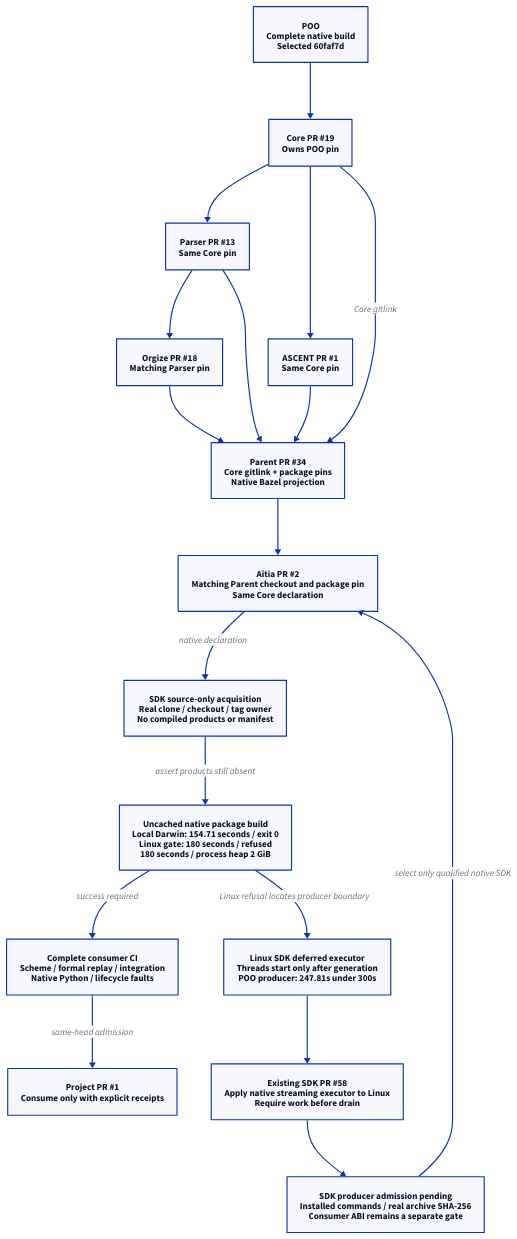
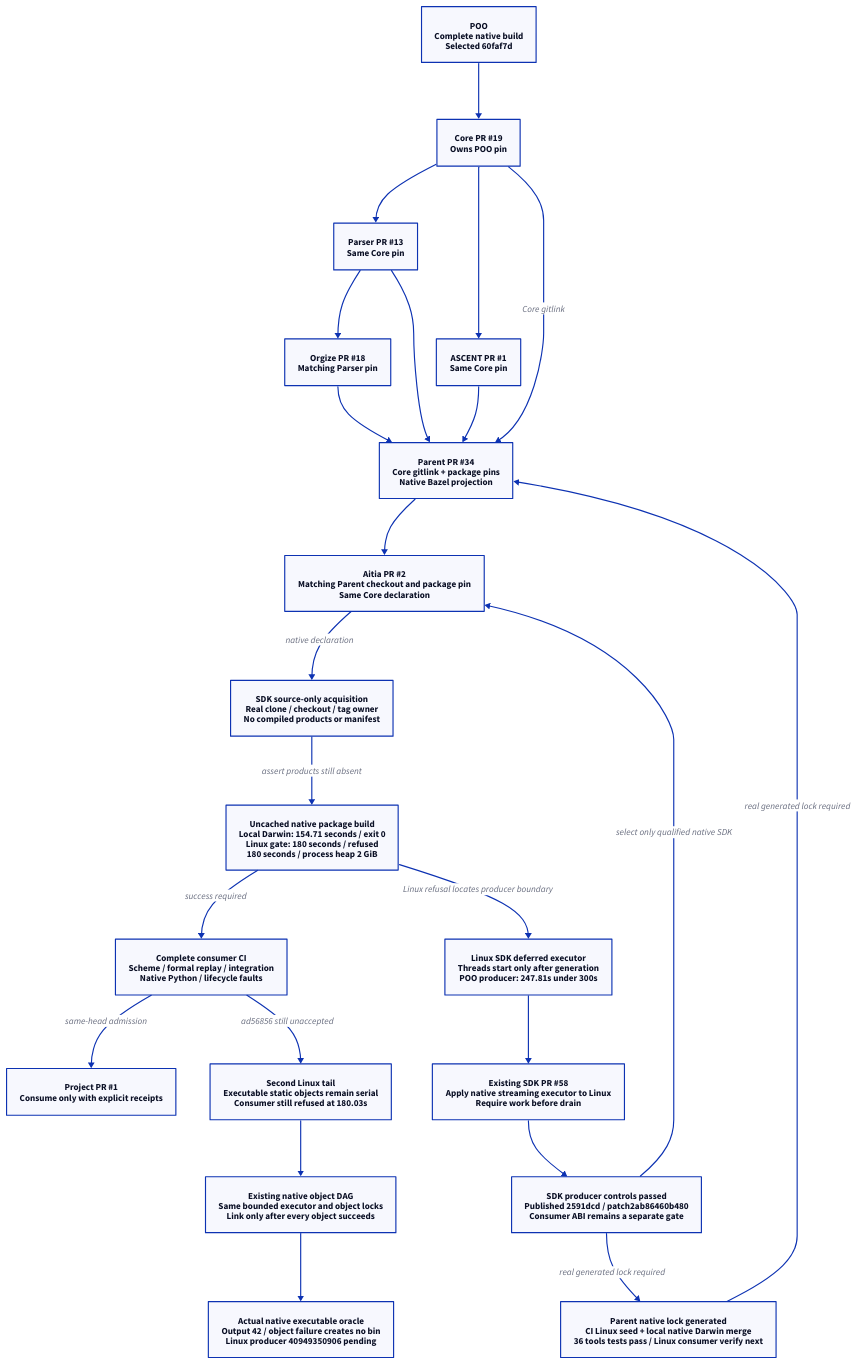
One commit to hardenedlinux/deterministic-engineering changed the diagram in docs/90-99-views/90-architecture-views/90.128-native-cohort-source-acquisition.d2. Above: the diagram before and after it, drawn with D2. The commit also changed 2 other files, not shown here.

Commit message:
Record native SDK controls and the remaining executable closure gate

```diff
--- a/docs/90-99-views/90-architecture-views/90.128-native-cohort-source-acquisition.d2
+++ b/docs/90-99-views/90-architecture-views/90.128-native-cohort-source-acquisition.d2
@@ -1,32 +1,41 @@
 direction: down
 poo: "POO\nComplete native build\nSelected 60faf7d"
 core: "Core PR #19\nOwns POO pin"
 parser: "Parser PR #13\nSame Core pin"
 ascent: "ASCENT PR #1\nSame Core pin"
 orgize: "Orgize PR #18\nMatching Parser pin"
 parent: "Parent PR #34\nCore gitlink + package pins\nNative Bazel projection"
 aitia: "Aitia PR #2\nMatching Parent checkout and package pin\nSame Core declaration"
 source: "SDK source-only acquisition\nReal clone / checkout / tag owner\nNo compiled products or manifest"
 cold: "Uncached native package build\nLocal Darwin: 154.71 seconds / exit 0\nLinux gate: 180 seconds / refused\n180 seconds / process heap 2 GiB"
 consumer: "Complete consumer CI\nScheme / formal replay / integration\nNative Python / lifecycle faults"
 root: "Project PR #1\nConsume only with explicit receipts"
 poo -> core
 core -> parser
 core -> ascent
 parser -> orgize
 core -> parent: "Core gitlink"
 parser -> parent
 ascent -> parent
 orgize -> parent
 parent -> aitia
 aitia -> source: "native declaration"
 source -> cold: "assert products still absent"
 cold -> consumer: "success required"
 consumer -> root: "same-head admission"
 
 sdk_old: "Linux SDK deferred executor\nThreads start only after generation\nPOO producer: 247.81s under 300s"
 sdk_fix: "Existing SDK PR #58\nApply native streaming executor to Linux\nRequire work before drain"
-sdk_admit: "SDK producer admission pending\nInstalled commands / real archive SHA-256\nConsumer ABI remains a separate gate"
+sdk_admit: "SDK producer controls passed\nPublished 2591dcd / patch2ab86460b480\nConsumer ABI remains a separate gate"
 sdk_old -> sdk_fix -> sdk_admit
 sdk_admit -> aitia: "select only qualified native SDK"
 cold -> sdk_old: "Linux refusal locates producer boundary"
+
+lock: "Parent native lock generated\nCI Linux seed + local native Darwin merge\n36 tools tests pass / Linux consumer verify next"
+sdk_admit -> lock -> parent: "real generated lock required"
+
+object_tail: "Second Linux tail\nExecutable static objects remain serial\nConsumer still refused at 180.03s"
+object_fix: "Existing native object DAG\nSame bounded executor and object locks\nLink only after every object succeeds"
+object_controls: "Actual native executable oracle\nOutput 42 / object failure creates no bin\nLinux producer 40949350906 pending"
+consumer -> object_tail: "ad56856 still unaccepted"
+object_tail -> object_fix -> object_controls
```
